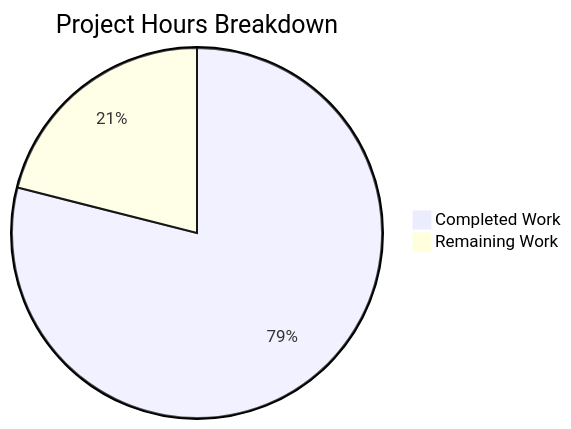
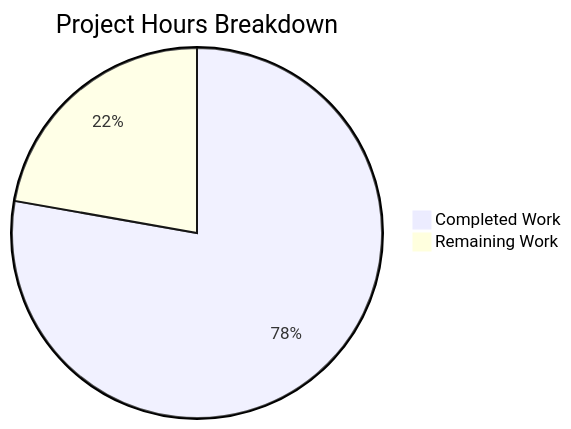
Before and after one commit to Sandeep01Kumar/29-dec-existing-projects-qa-test-3: the diagram in blitzy/documentation/Project Guide.md, drawn with Mermaid. The commit also changed other lines of this file, not shown here.

Commit message:
Adding Blitzy Project Guide: Project Status and Human Tasks Remaining

````diff
--- a/blitzy/documentation/Project Guide.md
+++ b/blitzy/documentation/Project Guide.md
@@ -30,5 +74,5 @@
 ```mermaid
 pie title Project Hours Breakdown
-    "Completed Work" : 15
-    "Remaining Work" : 4
+    "Completed Work" : 7
+    "Remaining Work" : 2
 ```
````
